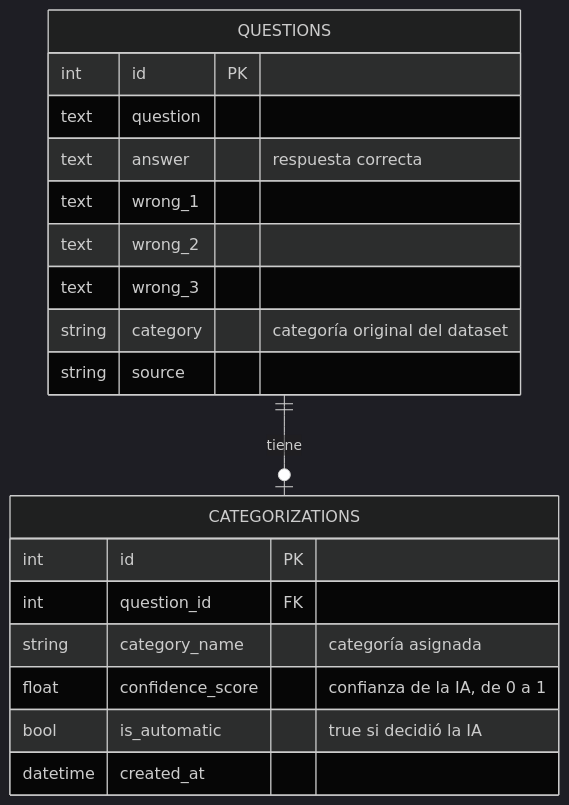
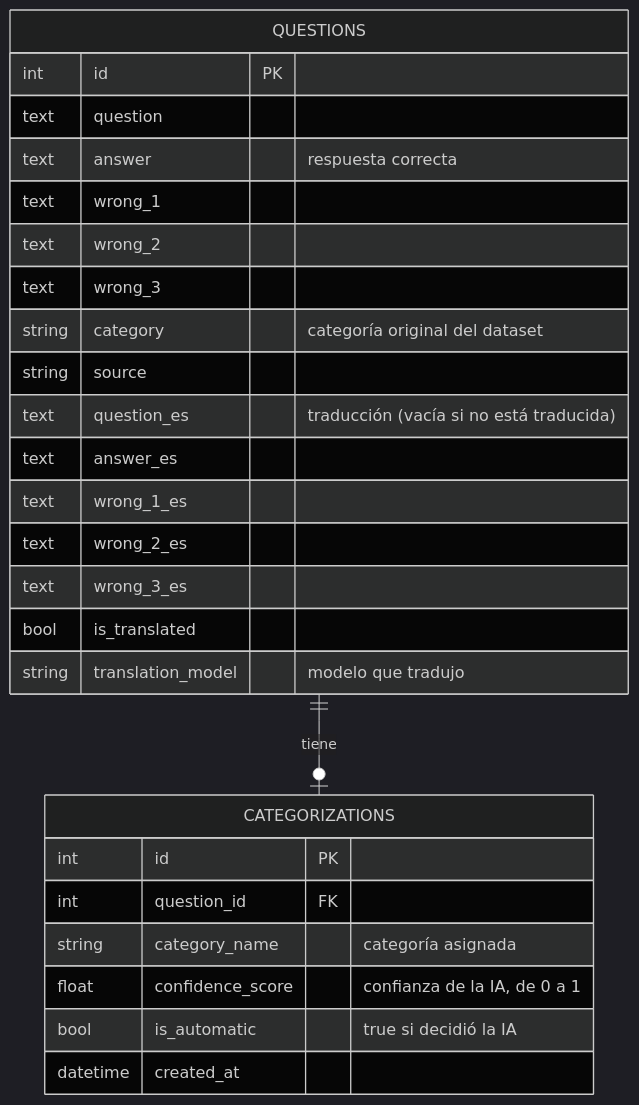
One commit to Aetther/Prac-I-Prac-Prof-II-CDIA changed the first of 3 diagrams in README.md. Above: the diagram before and after it, drawn with Mermaid (dark theme). The commit also changed other lines of this file, not shown here.

Commit message:
README: traducción con IA

````diff
--- a/README.md
+++ b/README.md
@@ -113,22 +126,29 @@
 ```mermaid
 erDiagram
     QUESTIONS ||--o| CATEGORIZATIONS : tiene
     QUESTIONS {
         int id PK
         text question
         text answer "respuesta correcta"
         text wrong_1
         text wrong_2
         text wrong_3
         string category "categoría original del dataset"
         string source
+        text question_es "traducción (vacía si no está traducida)"
+        text answer_es
+        text wrong_1_es
+        text wrong_2_es
+        text wrong_3_es
+        bool is_translated
+        string translation_model "modelo que tradujo"
     }
     CATEGORIZATIONS {
         int id PK
         int question_id FK
         string category_name "categoría asignada"
         float confidence_score "confianza de la IA, de 0 a 1"
         bool is_automatic "true si decidió la IA"
         datetime created_at
     }
 ```
````
